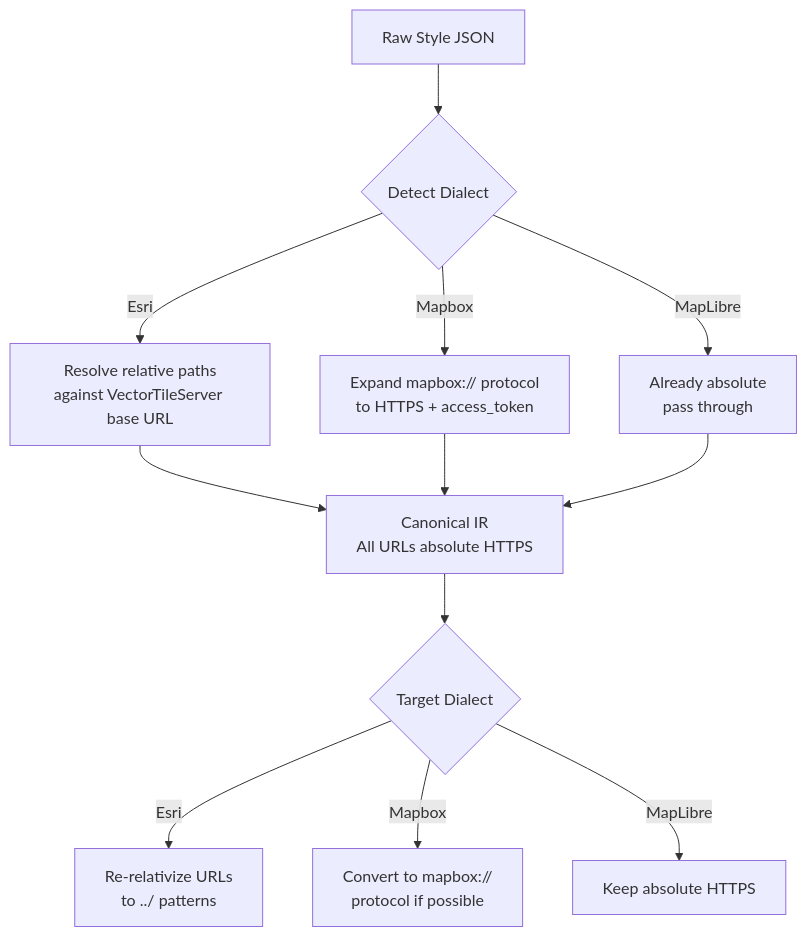
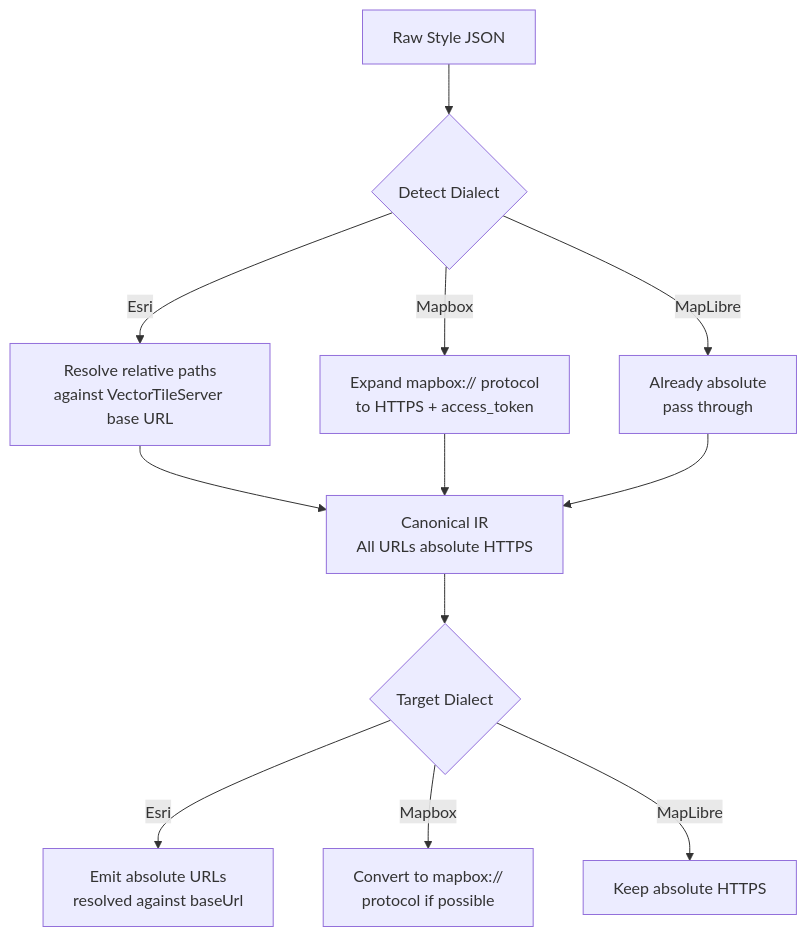
Before and after one commit to walkthru-earth/styleglot: the first of 2 diagrams in docs/03-url-resolution.md, drawn with Mermaid. The commit also changed other lines of this file and 5 other files, not shown here.

First line of the commit message:
Update docs to reflect absolute URL emitter behavior

````diff
--- a/docs/03-url-resolution.md
+++ b/docs/03-url-resolution.md
@@ -9,16 +9,16 @@
 ```mermaid
 graph TD
     A[Raw Style JSON] --> B{Detect Dialect}
     B -->|Esri| C[Resolve relative paths<br/>against VectorTileServer base URL]
     B -->|Mapbox| D[Expand mapbox:// protocol<br/>to HTTPS + access_token]
     B -->|MapLibre| E[Already absolute<br/>pass through]
     
     C --> F[Canonical IR<br/>All URLs absolute HTTPS]
     D --> F
     E --> F
     
     F --> G{Target Dialect}
-    G -->|Esri| H[Re-relativize URLs<br/>to ../ patterns]
+    G -->|Esri| H[Emit absolute URLs<br/>resolved against baseUrl]
     G -->|Mapbox| I[Convert to mapbox://<br/>protocol if possible]
     G -->|MapLibre| J[Keep absolute HTTPS]
 ```
````
